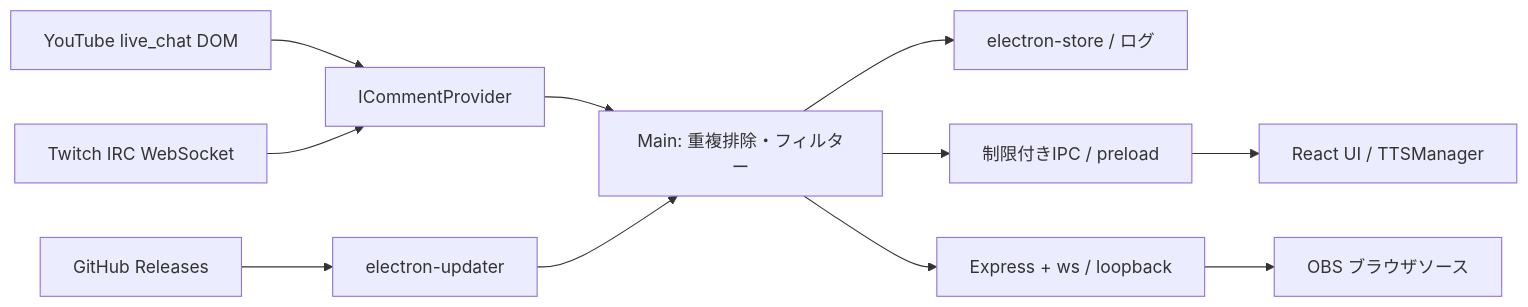
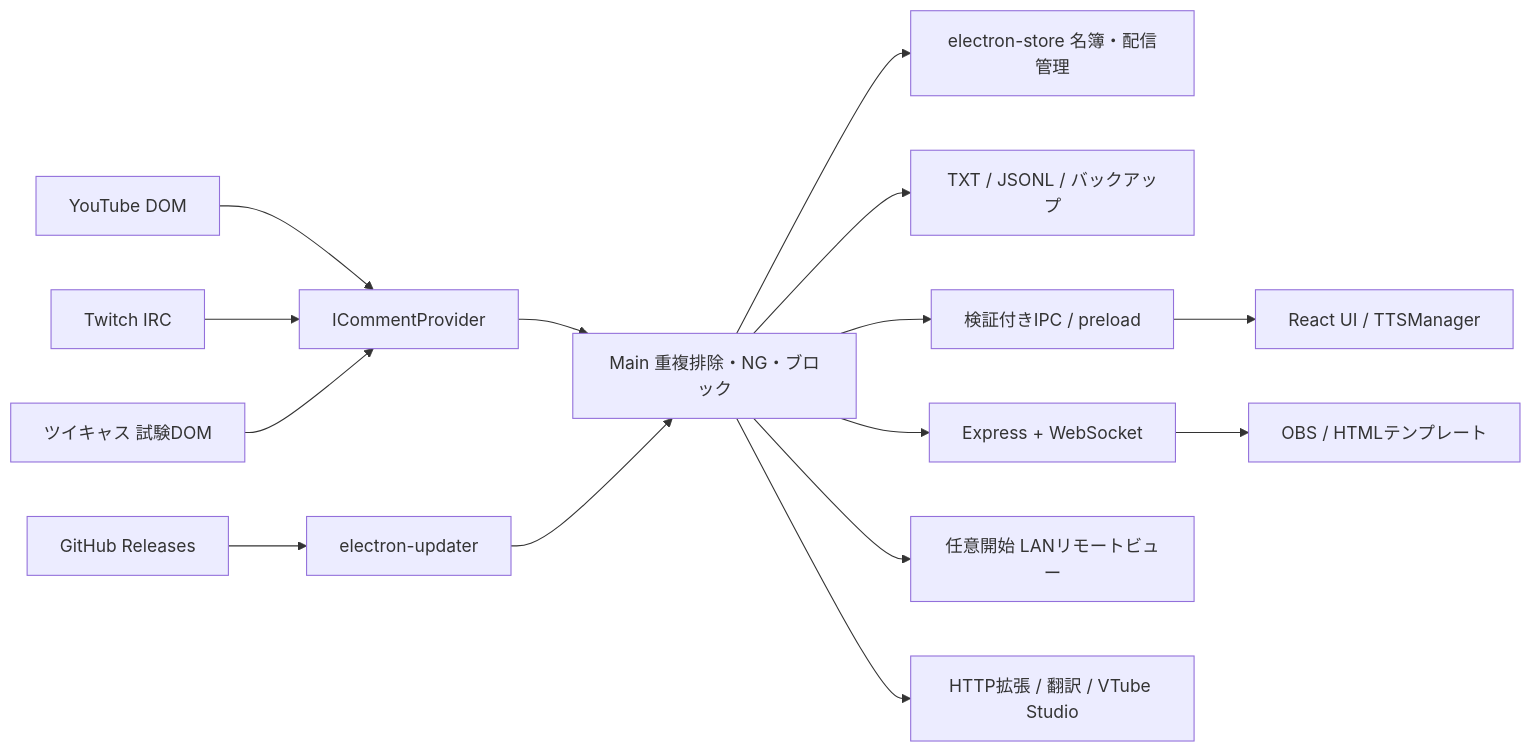
One commit to rumo-dev/CastPanel changed the diagram in README.md. Above: the diagram before and after it, drawn with Mermaid. The commit also changed other lines of this file and 108 other files, not shown here.

````diff
--- a/README.md
+++ b/README.md
@@ -23,13 +50,17 @@
 ```mermaid
 flowchart LR
- Y[YouTube live_chat DOM] --> P[ICommentProvider]
- T[Twitch IRC WebSocket] --> P
- P --> M[Main: 重複排除・フィルター]
- M --> D[electron-store / ログ]
- M --> I[制限付きIPC / preload]
+ Y[YouTube DOM] --> P[ICommentProvider]
+ T[Twitch IRC] --> P
+ C[ツイキャス 試験DOM] --> P
+ P --> M[Main 重複排除・NG・ブロック]
+ M --> D[electron-store 名簿・配信管理]
+ M --> L[TXT / JSONL / バックアップ]
+ M --> I[検証付きIPC / preload]
  I --> R[React UI / TTSManager]
- M --> S[Express + ws / loopback]
- S --> O[OBS ブラウザソース]
+ M --> S[Express + WebSocket]
+ S --> O[OBS / HTMLテンプレート]
+ M --> V[任意開始 LANリモートビュー]
+ M --> X[HTTP拡張 / 翻訳 / VTube Studio]
  G[GitHub Releases] --> U[electron-updater]
  U --> M
 ```
````
